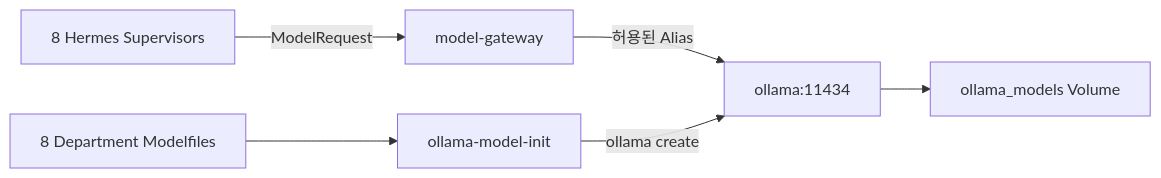
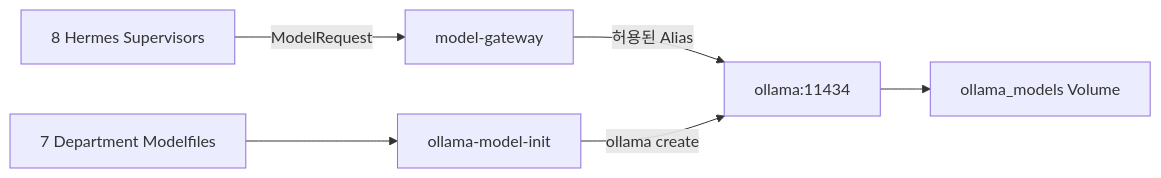
One commit to HgFinance/multi_agent changed the diagram in docs/02-engineering/OLLAMA_DEPARTMENT_MODELFILE_GUIDE.md. Above: the diagram before and after it, drawn with Mermaid. The commit also changed other lines of this file and 15 other files, not shown here.

````diff
--- a/docs/02-engineering/OLLAMA_DEPARTMENT_MODELFILE_GUIDE.md
+++ b/docs/02-engineering/OLLAMA_DEPARTMENT_MODELFILE_GUIDE.md
@@ -167,15 +166,15 @@
 ```mermaid
 flowchart LR
     H["8 Hermes Supervisors"]
     G["model-gateway"]
     O["ollama:11434"]
     I["ollama-model-init"]
     M["ollama_models Volume"]
-    F["8 Department Modelfiles"]
+    F["7 Department Modelfiles"]
 
     H -->|ModelRequest| G
     G -->|허용된 Alias| O
     F --> I
     I -->|ollama create| O
     O --> M
 ```
````
